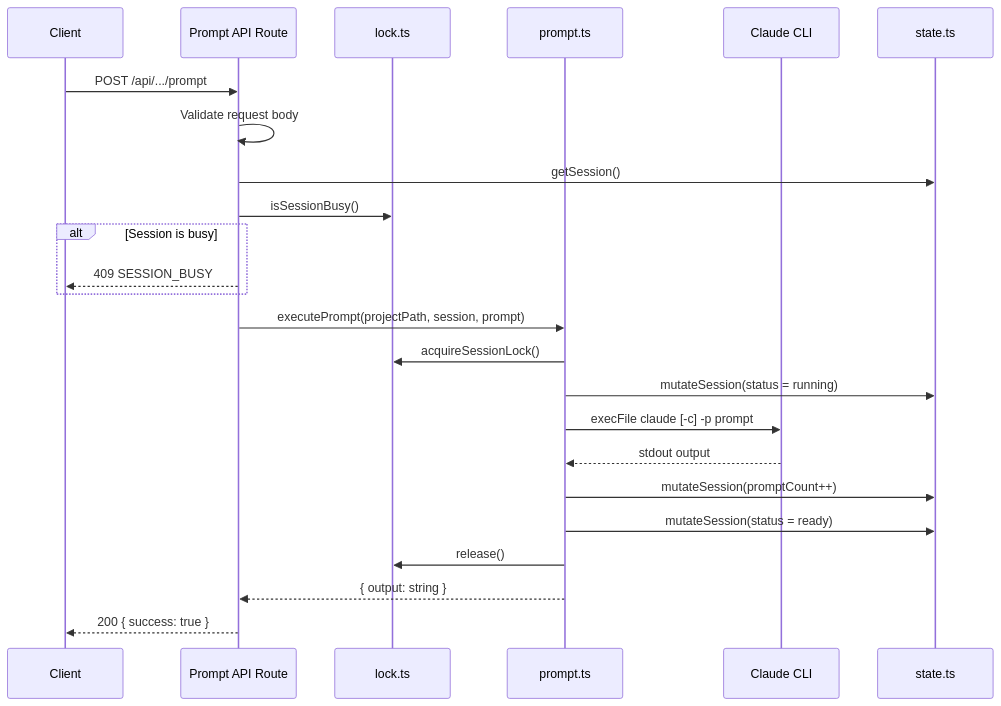
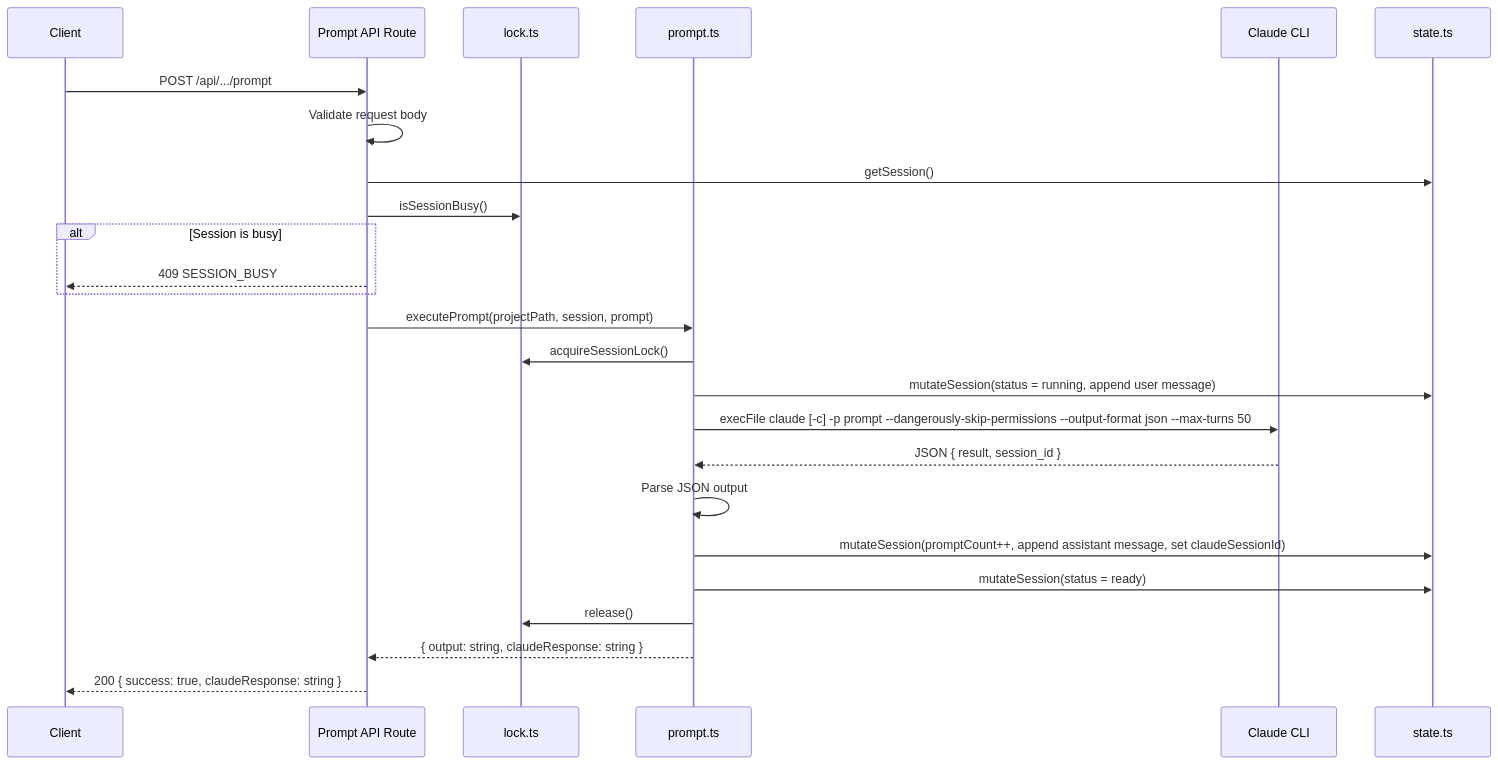
One commit to amhuppert/remote-ai-manager changed the second of 3 diagrams in .kiro/specs/prompt-execution/design.md. Above: the diagram before and after it, drawn with Mermaid. The commit also changed other lines of this file and 44 other files, not shown here.

````diff
--- a/.kiro/specs/prompt-execution/design.md
+++ b/.kiro/specs/prompt-execution/design.md
@@ -96,27 +95,28 @@
 ```mermaid
 sequenceDiagram
     participant Client
     participant API as Prompt API Route
     participant Lock as lock.ts
     participant PE as prompt.ts
     participant CLI as Claude CLI
     participant State as state.ts
 
     Client->>API: POST /api/.../prompt
     API->>API: Validate request body
     API->>State: getSession()
     API->>Lock: isSessionBusy()
     alt Session is busy
         API-->>Client: 409 SESSION_BUSY
     end
     API->>PE: executePrompt(projectPath, session, prompt)
     PE->>Lock: acquireSessionLock()
-    PE->>State: mutateSession(status = running)
-    PE->>CLI: execFile claude [-c] -p prompt
-    CLI-->>PE: stdout output
-    PE->>State: mutateSession(promptCount++)
+    PE->>State: mutateSession(status = running, append user message)
+    PE->>CLI: execFile claude [-c] -p prompt --dangerously-skip-permissions --output-format json --max-turns 50
+    CLI-->>PE: JSON { result, session_id }
+    PE->>PE: Parse JSON output
+    PE->>State: mutateSession(promptCount++, append assistant message, set claudeSessionId)
     PE->>State: mutateSession(status = ready)
     PE->>Lock: release()
-    PE-->>API: { output: string }
-    API-->>Client: 200 { success: true }
+    PE-->>API: { output: string, claudeResponse: string }
+    API-->>Client: 200 { success: true, claudeResponse: string }
 ```
````
